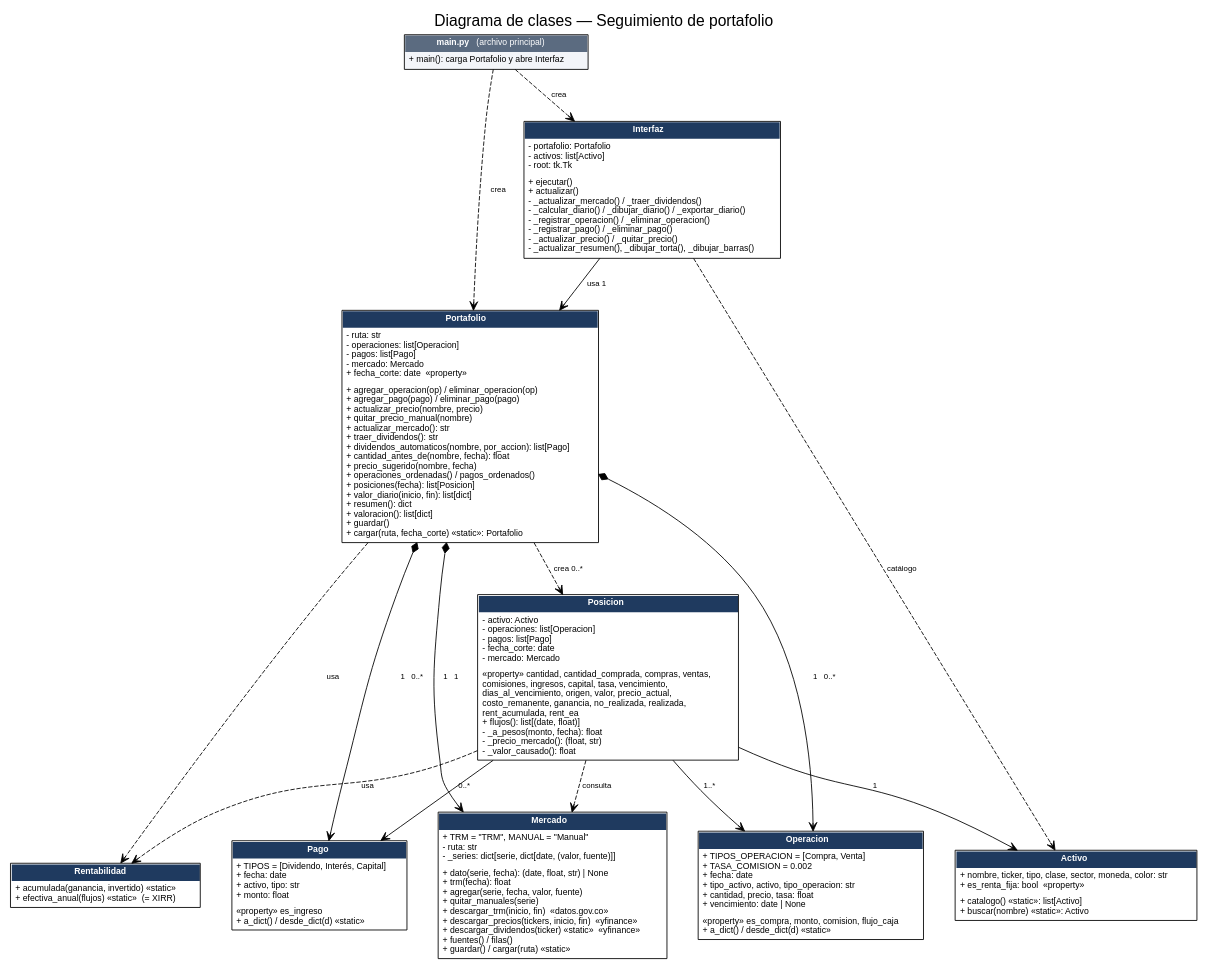
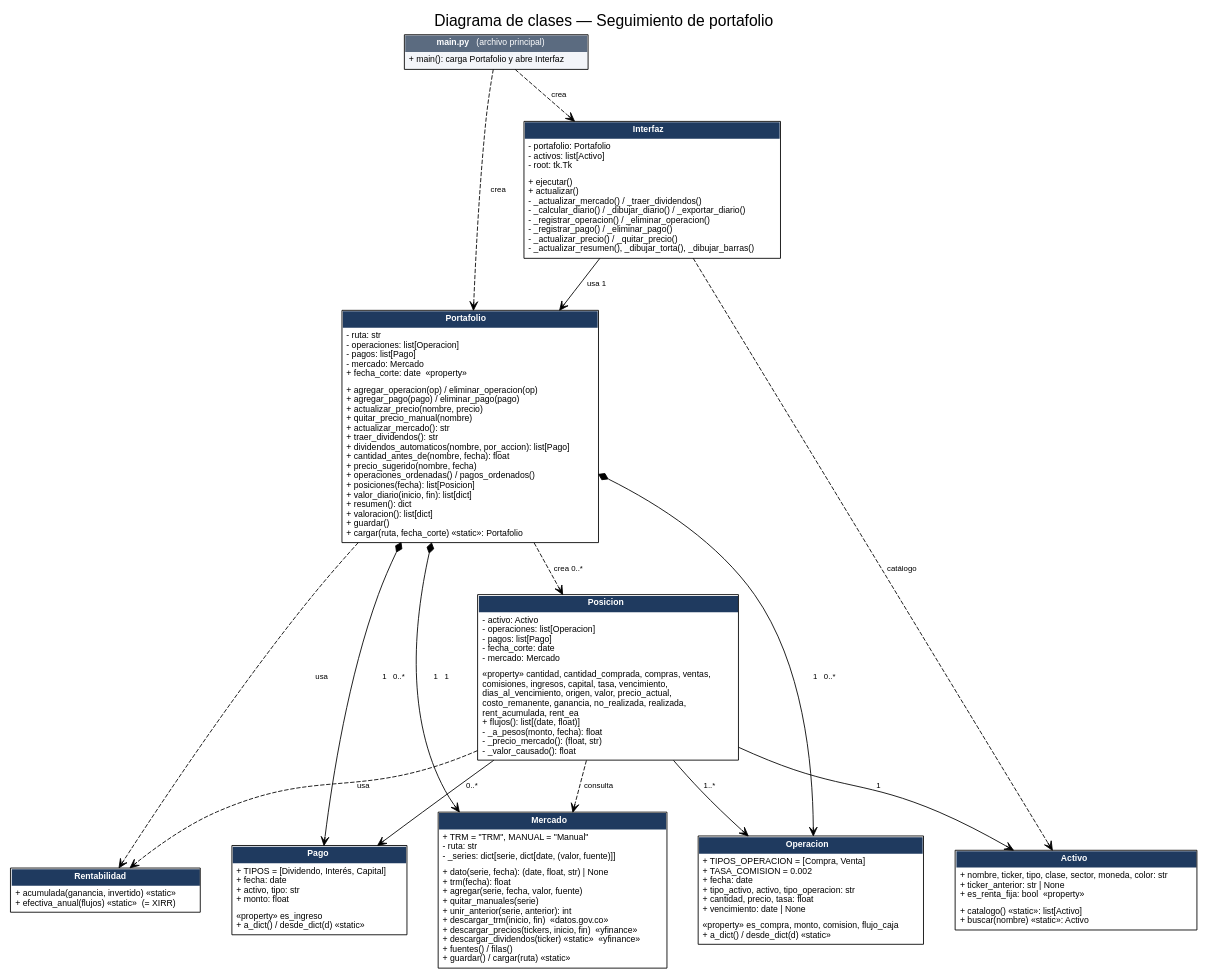
One commit to N-um/Portafolio-de-inversion. changed the diagram in docs/uml_clases.dot. Above: the diagram before and after it, drawn with Graphviz. The commit also changed 8 other files, not shown here.

```diff
--- a/docs/uml_clases.dot
+++ b/docs/uml_clases.dot
@@ -1,64 +1,64 @@
 digraph UML {
   graph [rankdir=TB, fontname="Helvetica", nodesep=0.5, ranksep=0.7, label="Diagrama de clases — Seguimiento de portafolio", labelloc=t, fontsize=18];
   node  [shape=plain, fontname="Helvetica", fontsize=10];
   edge  [fontname="Helvetica", fontsize=9];
 
   main [label=<<table border="1" cellborder="0" cellspacing="0" cellpadding="4" bgcolor="#F3F5F9">
     <tr><td bgcolor="#5B6B80"><font color="white"><b>main.py</b> (archivo principal)</font></td></tr>
     <tr><td align="left" balign="left">+ main(): carga Portafolio y abre Interfaz</td></tr></table>>];
 
   Interfaz [label=<<table border="1" cellborder="0" cellspacing="0" cellpadding="4">
     <tr><td bgcolor="#1F3A5F"><font color="white"><b>Interfaz</b></font></td></tr>
     <tr><td align="left" balign="left">- portafolio: Portafolio<br align="left"/>- activos: list[Activo]<br align="left"/>- root: tk.Tk</td></tr>
     <tr><td align="left" balign="left">+ ejecutar()<br align="left"/>+ actualizar()<br align="left"/>- _actualizar_mercado() / _traer_dividendos()<br align="left"/>- _calcular_diario() / _dibujar_diario() / _exportar_diario()<br align="left"/>- _registrar_operacion() / _eliminar_operacion()<br align="left"/>- _registrar_pago() / _eliminar_pago()<br align="left"/>- _actualizar_precio() / _quitar_precio()<br align="left"/>- _actualizar_resumen(), _dibujar_torta(), _dibujar_barras()</td></tr></table>>];
 
   Portafolio [label=<<table border="1" cellborder="0" cellspacing="0" cellpadding="4">
     <tr><td bgcolor="#1F3A5F"><font color="white"><b>Portafolio</b></font></td></tr>
     <tr><td align="left" balign="left">- ruta: str<br align="left"/>- operaciones: list[Operacion]<br align="left"/>- pagos: list[Pago]<br align="left"/>- mercado: Mercado<br align="left"/>+ fecha_corte: date  «property»</td></tr>
     <tr><td align="left" balign="left">+ agregar_operacion(op) / eliminar_operacion(op)<br align="left"/>+ agregar_pago(pago) / eliminar_pago(pago)<br align="left"/>+ actualizar_precio(nombre, precio)<br align="left"/>+ quitar_precio_manual(nombre)<br align="left"/>+ actualizar_mercado(): str<br align="left"/>+ traer_dividendos(): str<br align="left"/>+ dividendos_automaticos(nombre, por_accion): list[Pago]<br align="left"/>+ cantidad_antes_de(nombre, fecha): float<br align="left"/>+ precio_sugerido(nombre, fecha)<br align="left"/>+ operaciones_ordenadas() / pagos_ordenados()<br align="left"/>+ posiciones(fecha): list[Posicion]<br align="left"/>+ valor_diario(inicio, fin): list[dict]<br align="left"/>+ resumen(): dict<br align="left"/>+ valoracion(): list[dict]<br align="left"/>+ guardar()<br align="left"/>+ cargar(ruta, fecha_corte) «static»: Portafolio</td></tr></table>>];
 
   Posicion [label=<<table border="1" cellborder="0" cellspacing="0" cellpadding="4">
     <tr><td bgcolor="#1F3A5F"><font color="white"><b>Posicion</b></font></td></tr>
     <tr><td align="left" balign="left">- activo: Activo<br align="left"/>- operaciones: list[Operacion]<br align="left"/>- pagos: list[Pago]<br align="left"/>- fecha_corte: date<br align="left"/>- mercado: Mercado</td></tr>
     <tr><td align="left" balign="left">«property» cantidad, cantidad_comprada, compras, ventas,<br align="left"/>comisiones, ingresos, capital, tasa, vencimiento,<br align="left"/>dias_al_vencimiento, origen, valor, precio_actual,<br align="left"/>costo_remanente, ganancia, no_realizada, realizada,<br align="left"/>rent_acumulada, rent_ea<br align="left"/>+ flujos(): list[(date, float)]<br align="left"/>- _a_pesos(monto, fecha): float<br align="left"/>- _precio_mercado(): (float, str)<br align="left"/>- _valor_causado(): float</td></tr></table>>];
 
   Rentabilidad [label=<<table border="1" cellborder="0" cellspacing="0" cellpadding="4">
     <tr><td bgcolor="#1F3A5F"><font color="white"><b>Rentabilidad</b></font></td></tr>
     <tr><td align="left" balign="left">+ acumulada(ganancia, invertido) «static»<br align="left"/>+ efectiva_anual(flujos) «static»  (= XIRR)</td></tr></table>>];
 
   Activo [label=<<table border="1" cellborder="0" cellspacing="0" cellpadding="4">
     <tr><td bgcolor="#1F3A5F"><font color="white"><b>Activo</b></font></td></tr>
-    <tr><td align="left" balign="left">+ nombre, ticker, tipo, clase, sector, moneda, color: str<br align="left"/>+ es_renta_fija: bool  «property»</td></tr>
+    <tr><td align="left" balign="left">+ nombre, ticker, tipo, clase, sector, moneda, color: str<br align="left"/>+ ticker_anterior: str | None<br align="left"/>+ es_renta_fija: bool  «property»</td></tr>
     <tr><td align="left" balign="left">+ catalogo() «static»: list[Activo]<br align="left"/>+ buscar(nombre) «static»: Activo</td></tr></table>>];
 
   Operacion [label=<<table border="1" cellborder="0" cellspacing="0" cellpadding="4">
     <tr><td bgcolor="#1F3A5F"><font color="white"><b>Operacion</b></font></td></tr>
     <tr><td align="left" balign="left">+ TIPOS_OPERACION = [Compra, Venta]<br align="left"/>+ TASA_COMISION = 0.002<br align="left"/>+ fecha: date<br align="left"/>+ tipo_activo, activo, tipo_operacion: str<br align="left"/>+ cantidad, precio, tasa: float<br align="left"/>+ vencimiento: date | None</td></tr>
     <tr><td align="left" balign="left">«property» es_compra, monto, comision, flujo_caja<br align="left"/>+ a_dict() / desde_dict(d) «static»</td></tr></table>>];
 
   Pago [label=<<table border="1" cellborder="0" cellspacing="0" cellpadding="4">
     <tr><td bgcolor="#1F3A5F"><font color="white"><b>Pago</b></font></td></tr>
     <tr><td align="left" balign="left">+ TIPOS = [Dividendo, Interés, Capital]<br align="left"/>+ fecha: date<br align="left"/>+ activo, tipo: str<br align="left"/>+ monto: float</td></tr>
     <tr><td align="left" balign="left">«property» es_ingreso<br align="left"/>+ a_dict() / desde_dict(d) «static»</td></tr></table>>];
 
   Mercado [label=<<table border="1" cellborder="0" cellspacing="0" cellpadding="4">
     <tr><td bgcolor="#1F3A5F"><font color="white"><b>Mercado</b></font></td></tr>
     <tr><td align="left" balign="left">+ TRM = "TRM", MANUAL = "Manual"<br align="left"/>- ruta: str<br align="left"/>- _series: dict[serie, dict[date, (valor, fuente)]]</td></tr>
-    <tr><td align="left" balign="left">+ dato(serie, fecha): (date, float, str) | None<br align="left"/>+ trm(fecha): float<br align="left"/>+ agregar(serie, fecha, valor, fuente)<br align="left"/>+ quitar_manuales(serie)<br align="left"/>+ descargar_trm(inicio, fin)  «datos.gov.co»<br align="left"/>+ descargar_precios(tickers, inicio, fin)  «yfinance»<br align="left"/>+ descargar_dividendos(ticker) «static»  «yfinance»<br align="left"/>+ fuentes() / filas()<br align="left"/>+ guardar() / cargar(ruta) «static»</td></tr></table>>];
+    <tr><td align="left" balign="left">+ dato(serie, fecha): (date, float, str) | None<br align="left"/>+ trm(fecha): float<br align="left"/>+ agregar(serie, fecha, valor, fuente)<br align="left"/>+ quitar_manuales(serie)<br align="left"/>+ unir_anterior(serie, anterior): int<br align="left"/>+ descargar_trm(inicio, fin)  «datos.gov.co»<br align="left"/>+ descargar_precios(tickers, inicio, fin)  «yfinance»<br align="left"/>+ descargar_dividendos(ticker) «static»  «yfinance»<br align="left"/>+ fuentes() / filas()<br align="left"/>+ guardar() / cargar(ruta) «static»</td></tr></table>>];
 
   main -> Portafolio [label="  crea", style=dashed, arrowhead=vee];
   main -> Interfaz [label="  crea", style=dashed, arrowhead=vee];
   Interfaz -> Portafolio [label="  usa 1", arrowhead=vee];
   Interfaz -> Activo [label=" catálogo", style=dashed, arrowhead=vee];
   Portafolio -> Operacion [label=" 1   0..*", dir=both, arrowtail=diamond, arrowhead=vee];
   Portafolio -> Pago [label=" 1   0..*", dir=both, arrowtail=diamond, arrowhead=vee];
   Portafolio -> Posicion [label="  crea 0..*", style=dashed, arrowhead=vee];
   Portafolio -> Mercado [label=" 1   1", dir=both, arrowtail=diamond, arrowhead=vee];
   Posicion -> Mercado [label=" consulta", style=dashed, arrowhead=vee];
   Posicion -> Activo [label=" 1", arrowhead=vee];
   Posicion -> Operacion [label=" 1..*", arrowhead=vee];
   Posicion -> Pago [label=" 0..*", arrowhead=vee];
   Posicion -> Rentabilidad [label=" usa", style=dashed, arrowhead=vee];
   Portafolio -> Rentabilidad [label=" usa", style=dashed, arrowhead=vee];
   { rank=same; Operacion; Pago; Activo; }
 }
```
